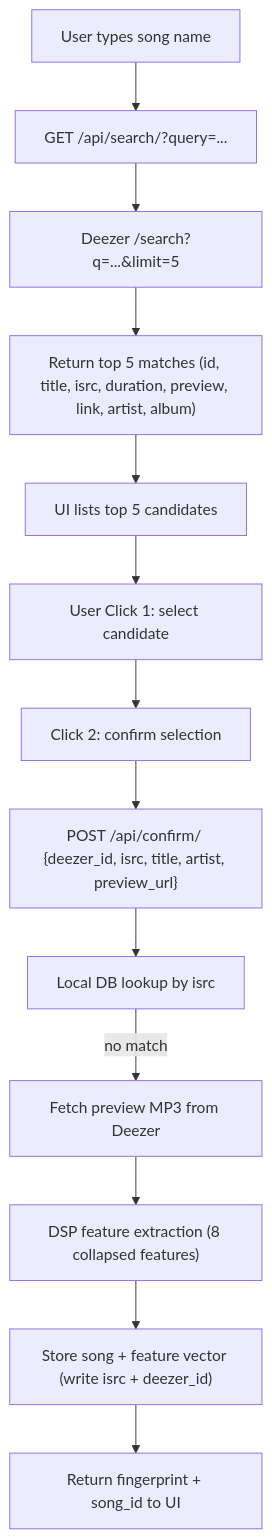
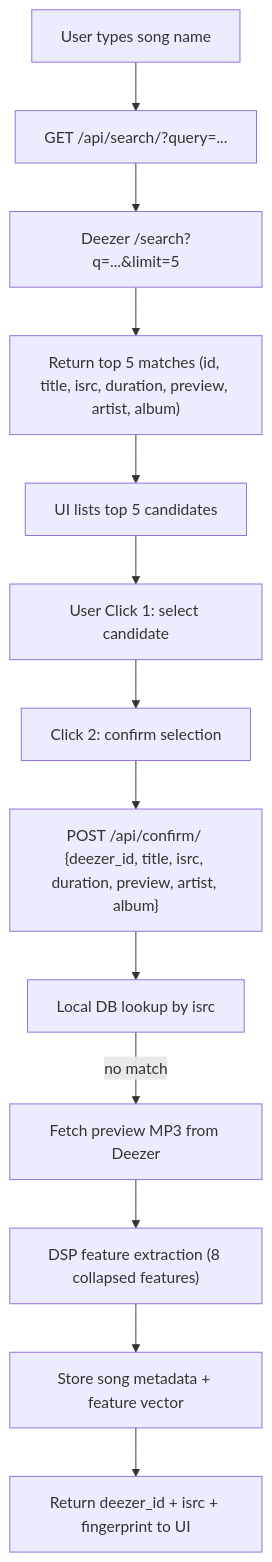
One commit to AhmedAl-Hayali/AgenticGenreGuru changed the first of 2 diagrams in docs/001-song-fingerprint-engine/api_flow.md. Above: the diagram before and after it, drawn with Mermaid. The commit also changed other lines of this file, not shown here.

Commit message:
docs(specs-api-reference): sync api field schemas with `deezer-api.md` and `search-api.md` + fix inconsistencies

````diff
--- a/docs/001-song-fingerprint-engine/api_flow.md
+++ b/docs/001-song-fingerprint-engine/api_flow.md
@@ -27,15 +27,15 @@
 ```mermaid
 flowchart TD
     U["User types song name"] --> A["GET /api/search/?query=..."]
     A --> D["Deezer /search?q=...&limit=5"]
-    D --> A2["Return top 5 matches (id, title, isrc, duration, preview, link, artist, album)"]
+    D --> A2["Return top 5 matches (id, title, isrc, duration, preview, artist, album)"]
     A2 --> UI["UI lists top 5 candidates"]
     UI --> C["User Click 1: select candidate"]
     C --> C2["Click 2: confirm selection"]
-    C2 --> POST["POST /api/confirm/ {deezer_id, isrc, title, artist, preview_url}"]
+    C2 --> POST["POST /api/confirm/ {deezer_id, title, isrc, duration, preview, artist, album}"]
     POST --> LOC["Local DB lookup by isrc"]
     LOC -->|"no match"| FETCH["Fetch preview MP3 from Deezer"]
     FETCH --> DSP["DSP feature extraction (8 collapsed features)"]
-    DSP --> DB["Store song + feature vector (write isrc + deezer_id)"]
-    DB --> RETURN["Return fingerprint + song_id to UI"]
+    DSP --> DB["Store song metadata + feature vector"]
+    DB --> RETURN["Return deezer_id + isrc + fingerprint to UI"]
 ```
````
